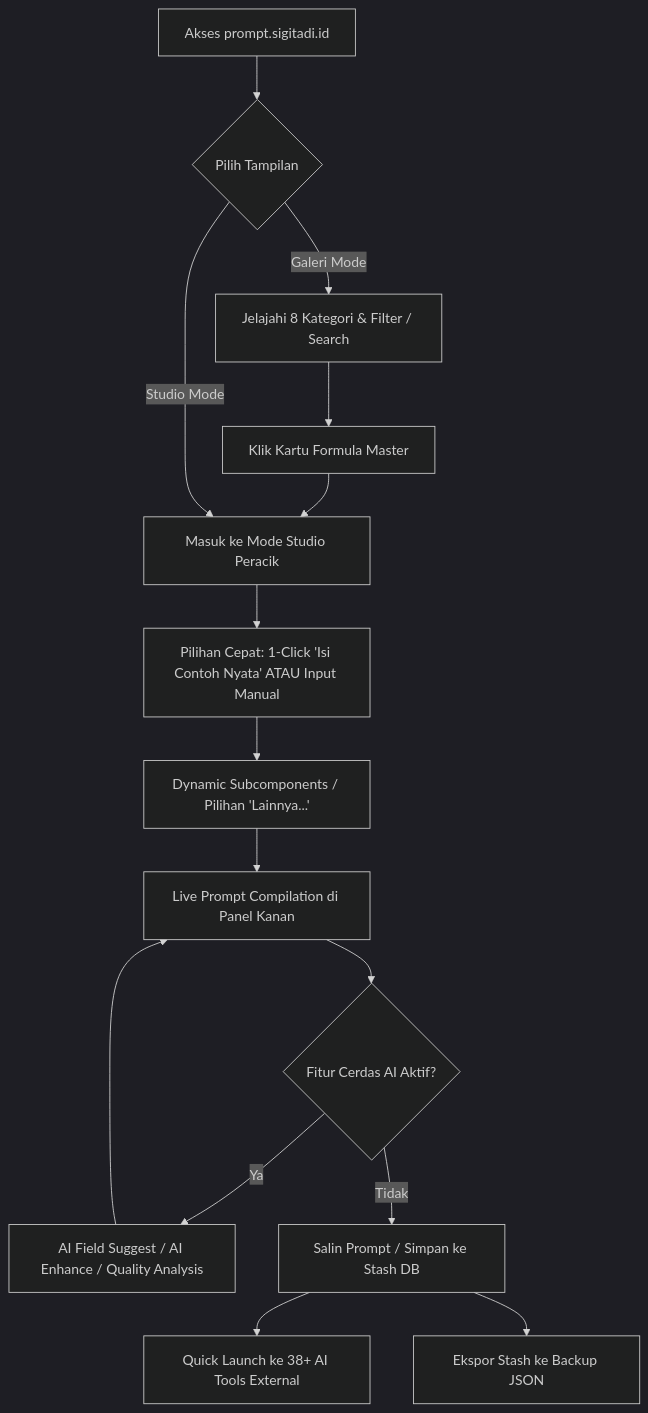
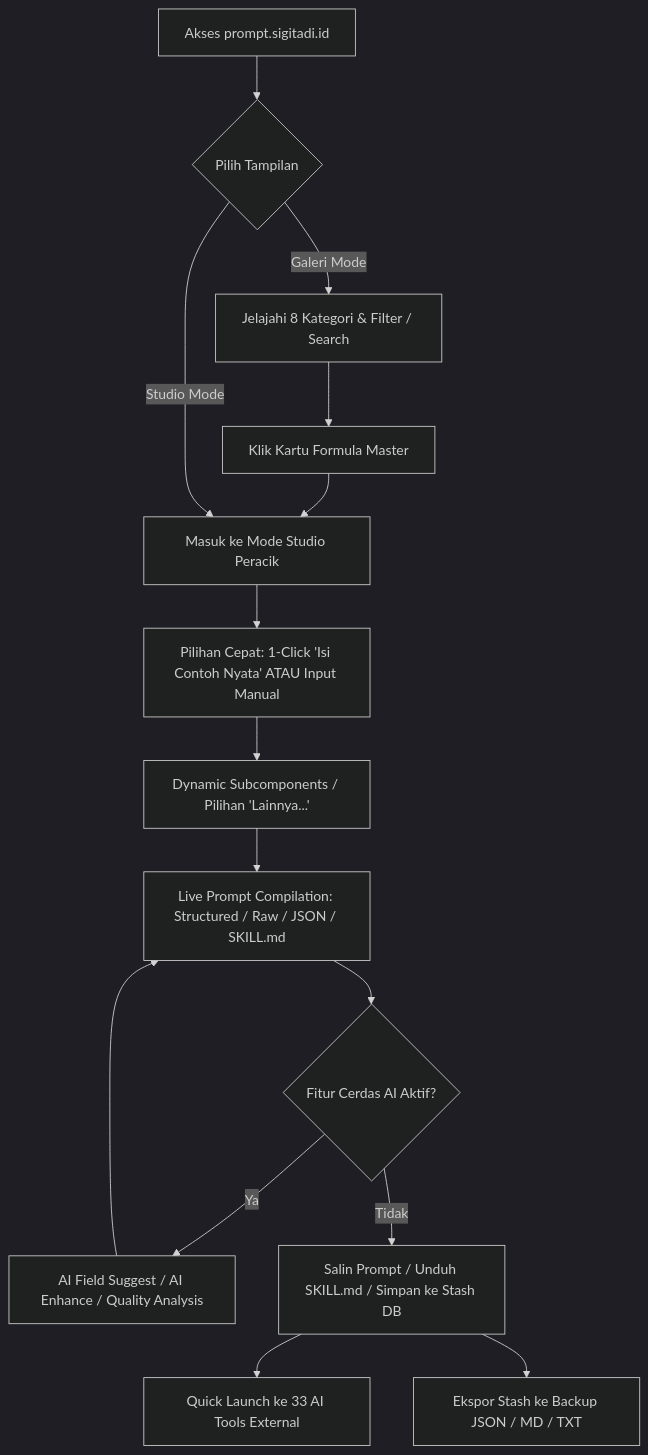
One commit to sisigitadi/promptmatrix2 changed the diagram in prd.md. Above: the diagram before and after it, drawn with Mermaid (dark theme). The commit also changed other lines of this file and 12 other files, not shown here.

````diff
--- a/prd.md
+++ b/prd.md
@@ -33,17 +33,17 @@
 ```mermaid
 flowchart TD
     A[Akses prompt.sigitadi.id] --> B{Pilih Tampilan}
     B -->|Galeri Mode| C[Jelajahi 8 Kategori & Filter / Search]
     C --> D[Klik Kartu Formula Master]
     D --> E[Masuk ke Mode Studio Peracik]
     B -->|Studio Mode| E
     E --> F[Pilihan Cepat: 1-Click 'Isi Contoh Nyata' ATAU Input Manual]
     F --> G[Dynamic Subcomponents / Pilihan 'Lainnya...']
-    G --> H[Live Prompt Compilation di Panel Kanan]
+    G --> H[Live Prompt Compilation: Structured / Raw / JSON / SKILL.md]
     H --> I{Fitur Cerdas AI Aktif?}
     I -->|Ya| J[AI Field Suggest / AI Enhance / Quality Analysis]
     J --> H
-    I -->|Tidak| K[Salin Prompt / Simpan ke Stash DB]
-    K --> L[Quick Launch ke 38+ AI Tools External]
-    K --> M[Ekspor Stash ke Backup JSON]
+    I -->|Tidak| K[Salin Prompt / Unduh SKILL.md / Simpan ke Stash DB]
+    K --> L[Quick Launch ke 33 AI Tools External]
+    K --> M[Ekspor Stash ke Backup JSON / MD / TXT]
 ```
````
